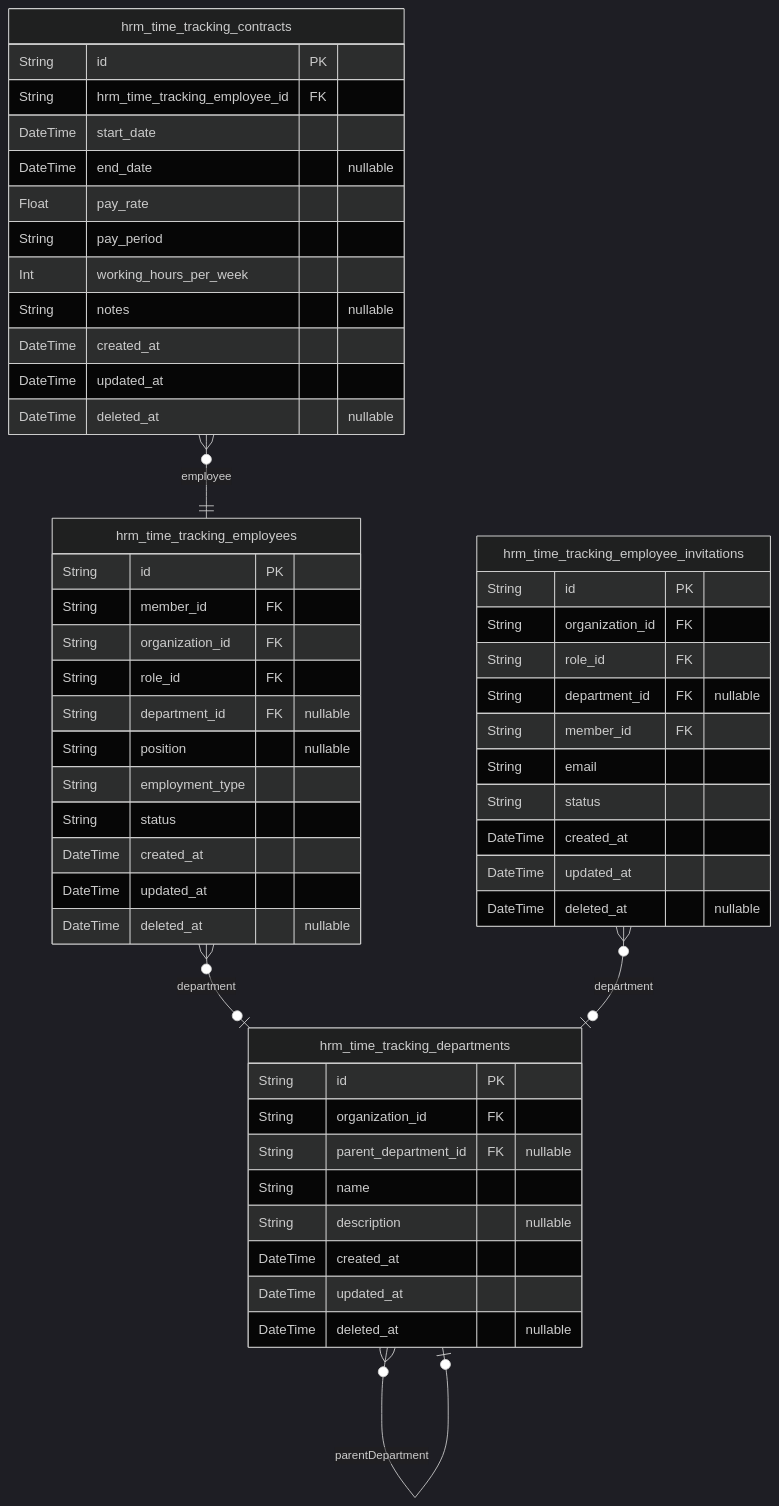
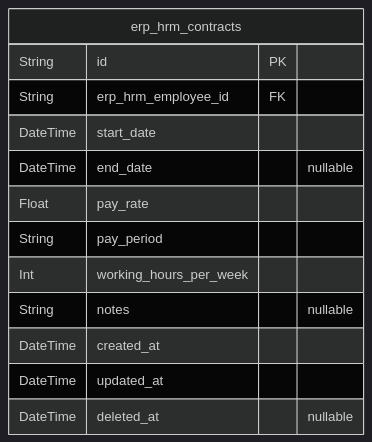
One commit to wrtnlabs/autobe-examples changed the fifth of 10 diagrams in z-ai/glm-5/erp/docs/ERD.md. Above: the diagram before and after it, drawn with Mermaid (dark theme). The commit also changed other lines of this file and 3761 other files, not shown here.

````diff
--- a/z-ai/glm-5/erp/docs/ERD.md
+++ b/z-ai/glm-5/erp/docs/ERD.md
@@ -420,55 +546,16 @@
 ```mermaid
 erDiagram
-"hrm_time_tracking_employees" {
+"erp_hrm_contracts" {
   String id PK
-  String member_id FK
-  String organization_id FK
-  String role_id FK
-  String department_id FK "nullable"
-  String position "nullable"
-  String employment_type
-  String status
-  DateTime created_at
-  DateTime updated_at
-  DateTime deleted_at "nullable"
-}
-"hrm_time_tracking_employee_invitations" {
-  String id PK
-  String organization_id FK
-  String role_id FK
-  String department_id FK "nullable"
-  String member_id FK
-  String email
-  String status
-  DateTime created_at
-  DateTime updated_at
-  DateTime deleted_at "nullable"
-}
-"hrm_time_tracking_contracts" {
-  String id PK
-  String hrm_time_tracking_employee_id FK
+  String erp_hrm_employee_id FK
   DateTime start_date
   DateTime end_date "nullable"
   Float pay_rate
   String pay_period
   Int working_hours_per_week
   String notes "nullable"
   DateTime created_at
   DateTime updated_at
   DateTime deleted_at "nullable"
 }
-"hrm_time_tracking_departments" {
-  String id PK
-  String organization_id FK
-  String parent_department_id FK "nullable"
-  String name
-  String description "nullable"
-  DateTime created_at
-  DateTime updated_at
-  DateTime deleted_at "nullable"
-}
-"hrm_time_tracking_employees" }o--o| "hrm_time_tracking_departments" : department
-"hrm_time_tracking_employee_invitations" }o--o| "hrm_time_tracking_departments" : department
-"hrm_time_tracking_contracts" }o--|| "hrm_time_tracking_employees" : employee
-"hrm_time_tracking_departments" }o--o| "hrm_time_tracking_departments" : parentDepartment
 ```
````
